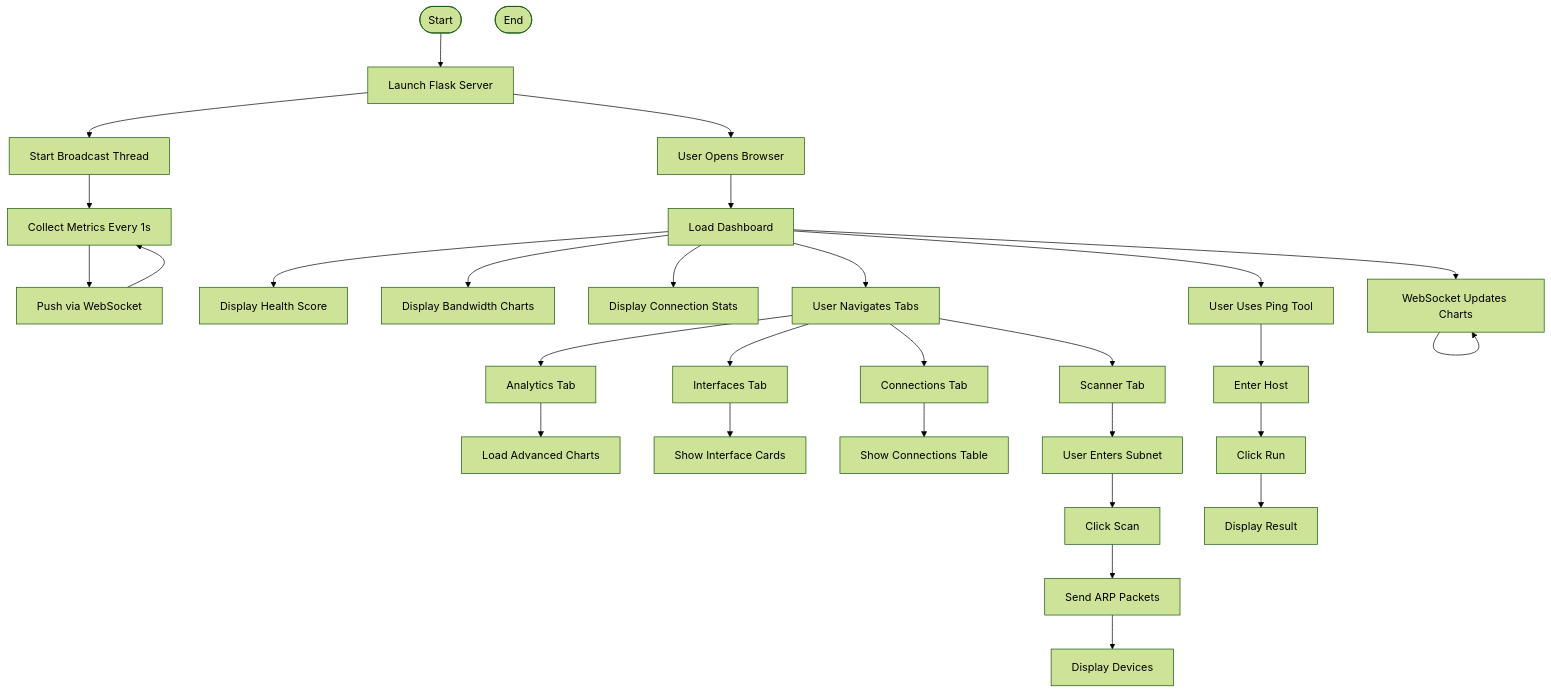
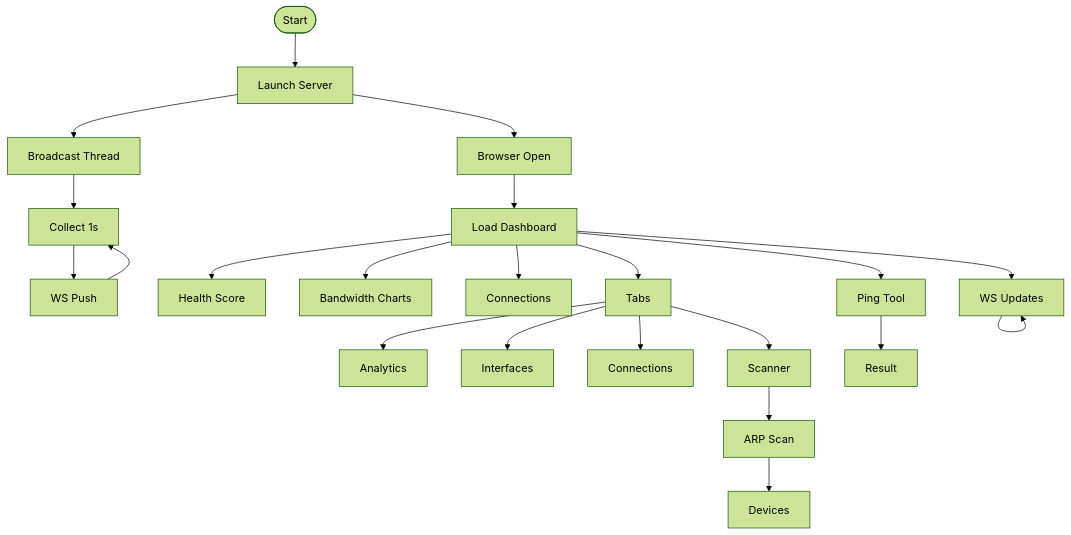
The second of 4 diagrams in docs/submission.md (envsecure/network_project), drawn with Mermaid (forest theme) before and after one commit. The commit also changed other lines of this file, not shown here.

````diff
--- a/docs/submission.md
+++ b/docs/submission.md
@@ -107,38 +102,24 @@
 ```mermaid
 graph TD
-    START([Start]) --> A[Launch Flask Server]
-    A --> B[Start Broadcast Thread]
-    B --> C[Collect Metrics Every 1s]
-    C --> D[Push via WebSocket]
+    S([Start]) --> A[Launch Server]
+    A --> B[Broadcast Thread]
+    B --> C[Collect 1s]
+    C --> D[WS Push]
     D --> C
-
-    A --> E[User Opens Browser]
+    A --> E[Browser Open]
     E --> F[Load Dashboard]
-    F --> G[Display Health Score]
-    F --> H[Display Bandwidth Charts]
-    F --> I[Display Connection Stats]
-
-    F --> J[User Navigates Tabs]
-    J --> K[Analytics Tab]
-    J --> L[Interfaces Tab]
-    J --> M[Connections Tab]
-    J --> N[Scanner Tab]
-
-    K --> O[Load Advanced Charts]
-    L --> P[Show Interface Cards]
-    M --> Q[Show Connections Table]
-    N --> R[User Enters Subnet]
-    R --> S[Click Scan]
-    S --> T[Send ARP Packets]
-    T --> U[Display Devices]
-
-    F --> V[User Uses Ping Tool]
-    V --> W[Enter Host]
-    W --> X[Click Run]
-    X --> Y[Display Result]
-
-    F --> Z[WebSocket Updates Charts]
-    Z --> Z
-
-    STOP([End])
+    F --> G[Health Score]
+    F --> H[Bandwidth Charts]
+    F --> I[Connections]
+    F --> J[Tabs]
+    J --> K[Analytics]
+    J --> L[Interfaces]
+    J --> M[Connections]
+    J --> N[Scanner]
+    N --> O[ARP Scan]
+    O --> P[Devices]
+    F --> Q[Ping Tool]
+    Q --> R[Result]
+    F --> S1[WS Updates]
+    S1 --> S1
 ```
````
